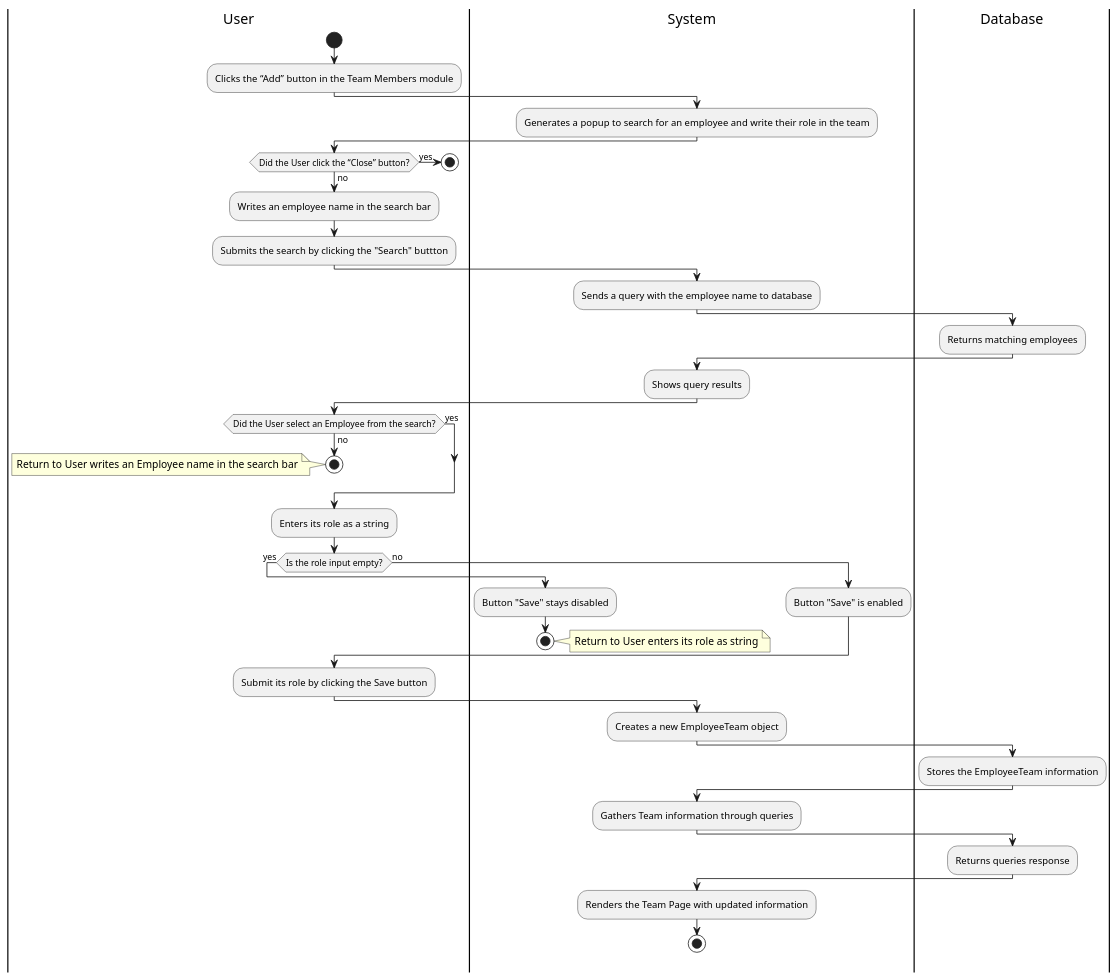
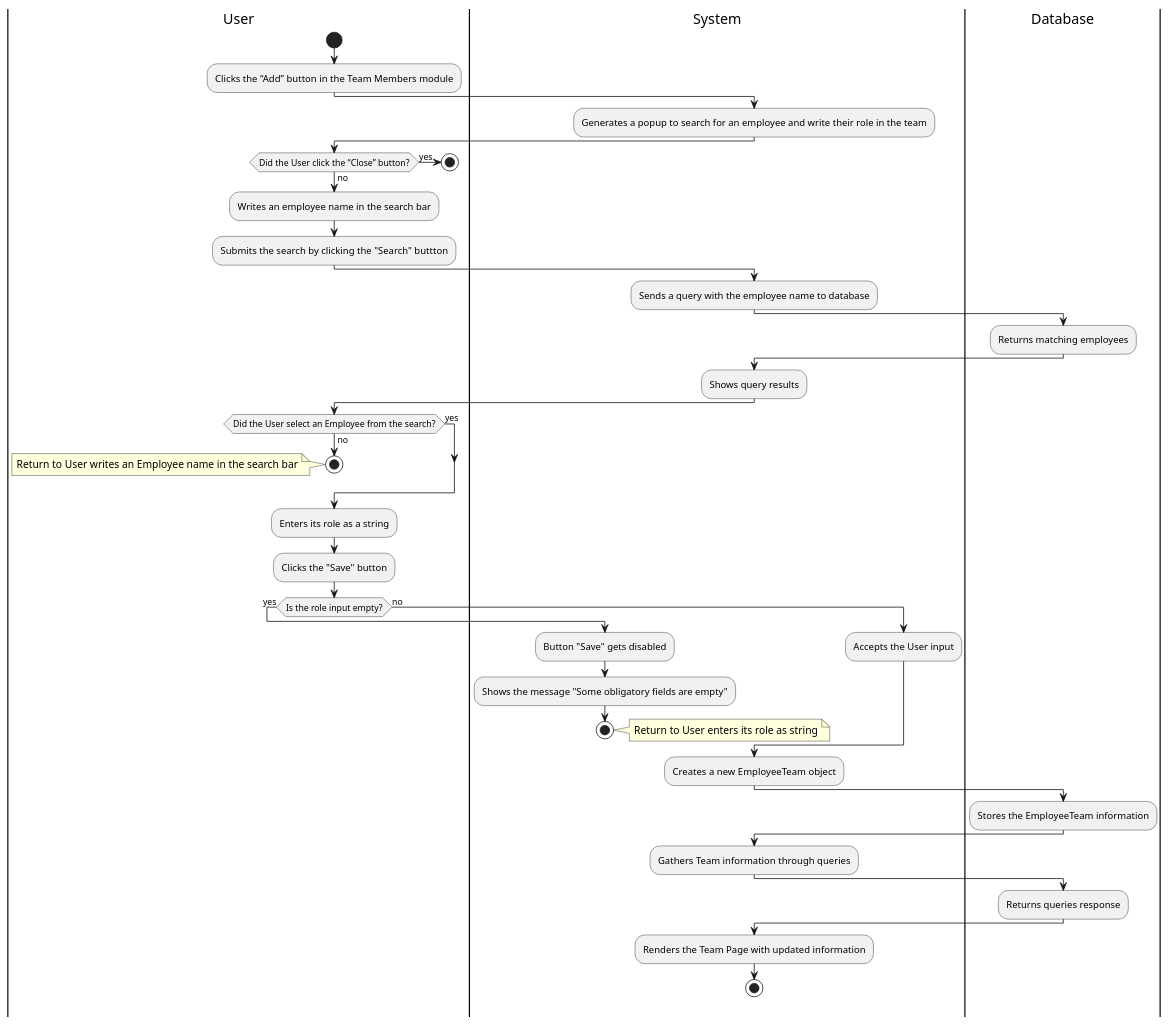
One commit to Berthou05/LimboSoftwareDevelopment_Change.org changed the diagram in documentation/activity_diagrams/TEAM-06-02-ActivityDiagram.puml. Above: the diagram before and after it, drawn with PlantUML. The commit also changed 6 other files, not shown here.

```diff
--- a/documentation/activity_diagrams/TEAM-06-02-ActivityDiagram.puml
+++ b/documentation/activity_diagrams/TEAM-06-02-ActivityDiagram.puml
@@ -1,59 +1,60 @@
 @startuml
 |User|
 start
 :Clicks the “Add” button in the Team Members module;
 |System|
 :Generates a popup to search for an employee and write their role in the team;
 |User|
 if(Did the User click the “Close” button?) is (yes) then
     stop
 else(no)
 :Writes an employee name in the search bar;
 :Submits the search by clicking the "Search" buttton;
 |System|
 :Sends a query with the employee name to database;
 |Database|
 :Returns matching employees;
 |System|
 :Shows query results;
 |User|
 if(Did the User select an Employee from the search?) is (no) then
     |User|
     stop
     note left
     Return to User writes an Employee name in the search bar
     end note
     
 else(yes)
     
 
 end if
 |User|
 :Enters its role as a string;
+:Clicks the "Save" button;
     if(Is the role input empty?) is (yes) then
     |System|
-    :Button "Save" stays disabled;
+    :Button "Save" gets disabled;
+    :Shows the message "Some obligatory fields are empty";
     stop
     note right
         Return to User enters its role as string
     end note
     
 
     else(no)
     |System|
-    :Button "Save" is enabled;
+    :Accepts the User input;
     end if
-|User|
-:Submit its role by clicking the Save button;
+
 |System|
 :Creates a new EmployeeTeam object;
 |Database|
 :Stores the EmployeeTeam information;
 |System|
 :Gathers Team information through queries;
 |Database|
 :Returns queries response;
 |System|
 :Renders the Team Page with updated information;
 stop
 @enduml
```
